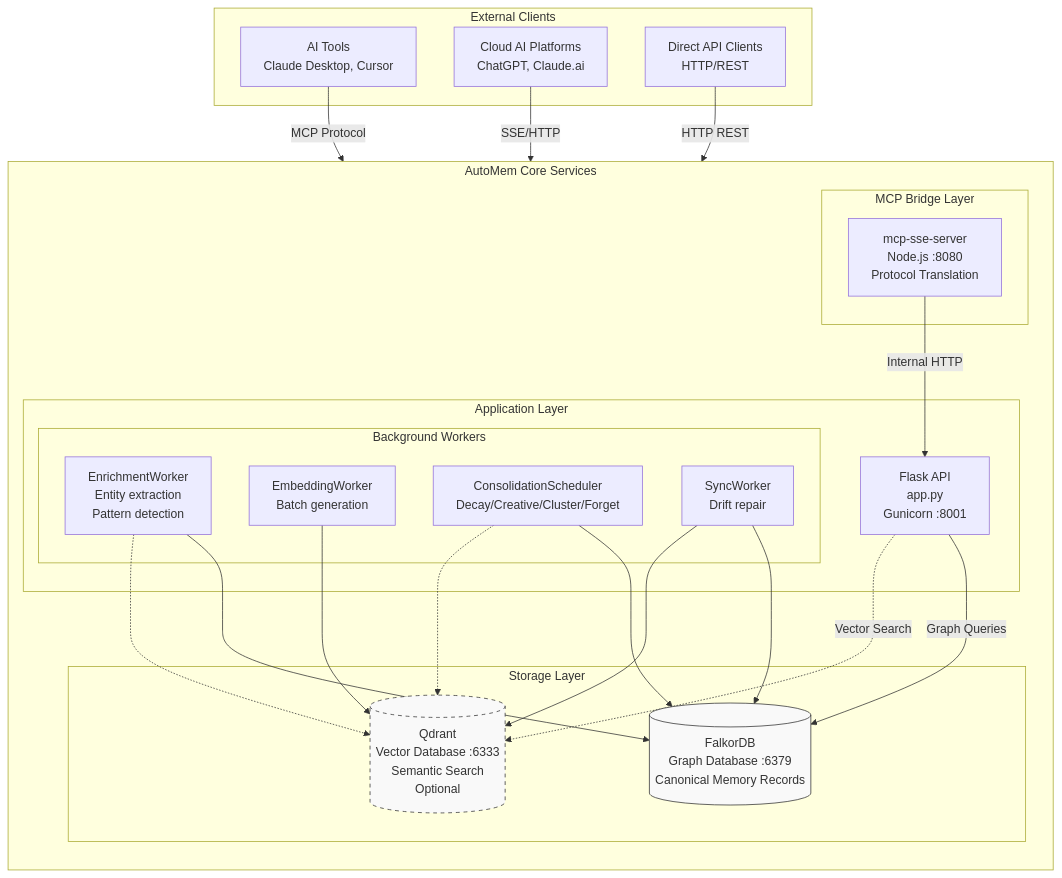
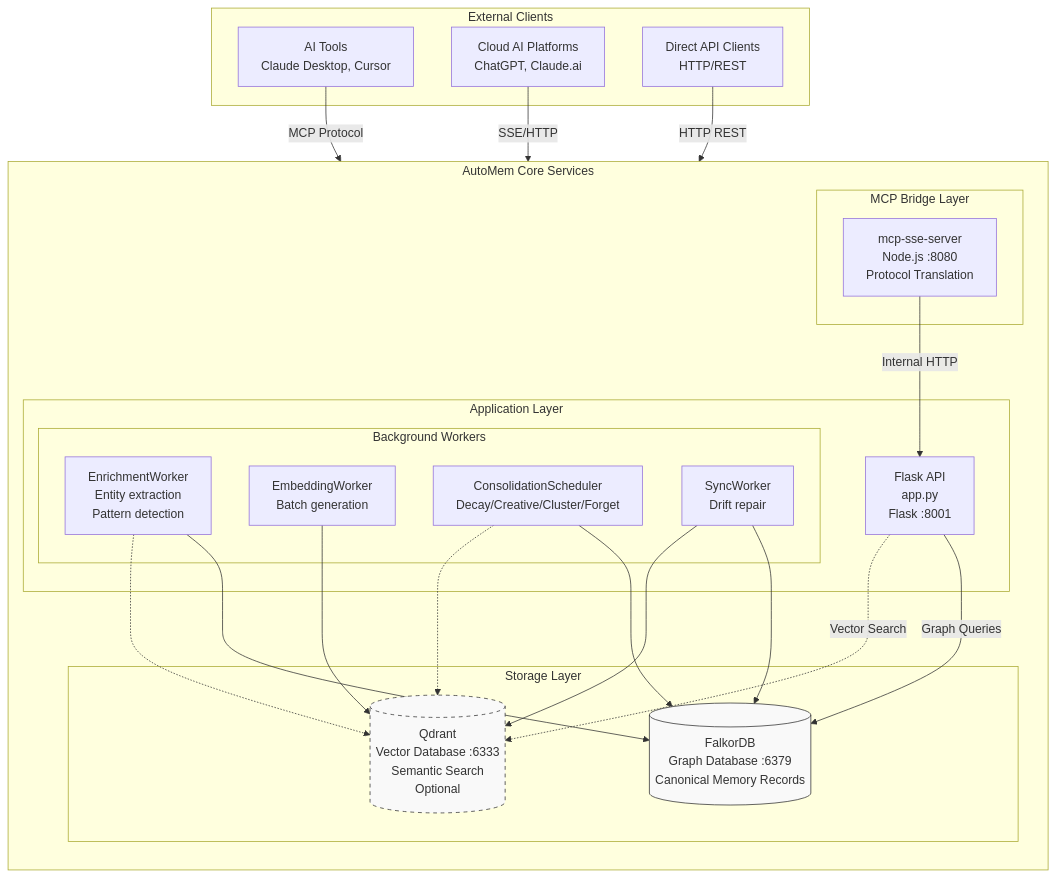
Before and after one commit to verygoodplugins/automem-website: the first of 2 diagrams in src/content/docs/docs/getting-started/introduction.md, drawn with Mermaid. The commit also changed other lines of this file, not shown here.

````diff
--- a/src/content/docs/docs/getting-started/introduction.md
+++ b/src/content/docs/docs/getting-started/introduction.md
@@ -42,52 +42,52 @@
 ```mermaid
 graph TB
     subgraph clients["External Clients"]
         AITools["AI Tools<br/>Claude Desktop, Cursor"]
         CloudAI["Cloud AI Platforms<br/>ChatGPT, Claude.ai"]
         DirectAPI["Direct API Clients<br/>HTTP/REST"]
     end
 
     subgraph core["AutoMem Core Services"]
         direction TB
 
         subgraph bridge["MCP Bridge Layer"]
             MCPBridge["mcp-sse-server<br/>Node.js :8080<br/>Protocol Translation"]
         end
 
         subgraph app_layer["Application Layer"]
-            FlaskAPI["Flask API<br/>app.py<br/>Gunicorn :8001"]
+            FlaskAPI["Flask API<br/>app.py<br/>Flask :8001"]
 
             subgraph workers["Background Workers"]
                 EnrichWorker["EnrichmentWorker<br/>Entity extraction<br/>Pattern detection"]
                 EmbedWorker["EmbeddingWorker<br/>Batch generation"]
                 ConsolWorker["ConsolidationScheduler<br/>Decay/Creative/Cluster/Forget"]
                 SyncWorker["SyncWorker<br/>Drift repair"]
             end
         end
 
         subgraph storage["Storage Layer"]
             FalkorDB[("FalkorDB<br/>Graph Database :6379<br/>Canonical Memory Records")]
             Qdrant[("Qdrant<br/>Vector Database :6333<br/>Semantic Search<br/>Optional")]
         end
     end
 
     AITools -->|"MCP Protocol"| FlaskAPI
     CloudAI -->|"SSE/HTTP"| MCPBridge
     DirectAPI -->|"HTTP REST"| FlaskAPI
 
     MCPBridge -->|"Internal HTTP"| FlaskAPI
 
     FlaskAPI -->|"Graph Queries"| FalkorDB
     FlaskAPI -.->|"Vector Search"| Qdrant
 
     EnrichWorker --> FalkorDB
     EnrichWorker -.-> Qdrant
     EmbedWorker --> Qdrant
     ConsolWorker --> FalkorDB
     ConsolWorker -.-> Qdrant
     SyncWorker --> FalkorDB
     SyncWorker --> Qdrant
 
     style FalkorDB fill:#f9f9f9,stroke:#333
     style Qdrant fill:#f9f9f9,stroke:#333,stroke-dasharray: 5 5
 ```
````
